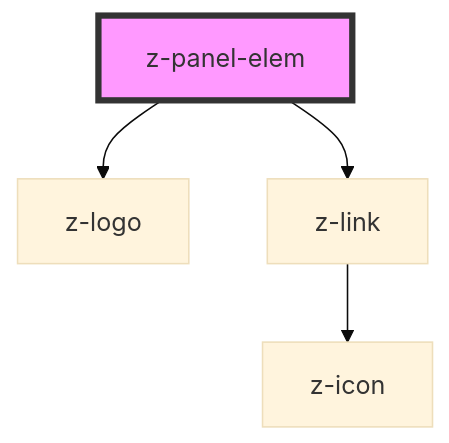
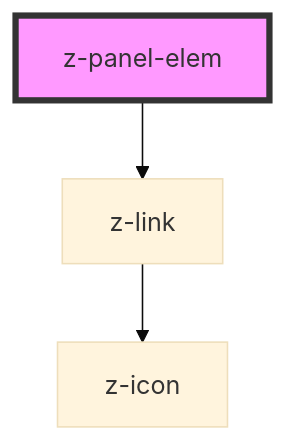
The diagram in web-components-library/src/components/z-panel-elem/readme.md (ZanichelliEditore/design-system), drawn with Mermaid (base theme) before and after one commit. The commit also changed other lines of this file and 3 other files, not shown here.

````diff
--- a/web-components-library/src/components/z-panel-elem/readme.md
+++ b/web-components-library/src/components/z-panel-elem/readme.md
@@ -31,7 +30,6 @@
 ```mermaid
 graph TD;
-  z-panel-elem --> z-logo
   z-panel-elem --> z-link
   z-link --> z-icon
   style z-panel-elem fill:#f9f,stroke:#333,stroke-width:4px
 ```
````
